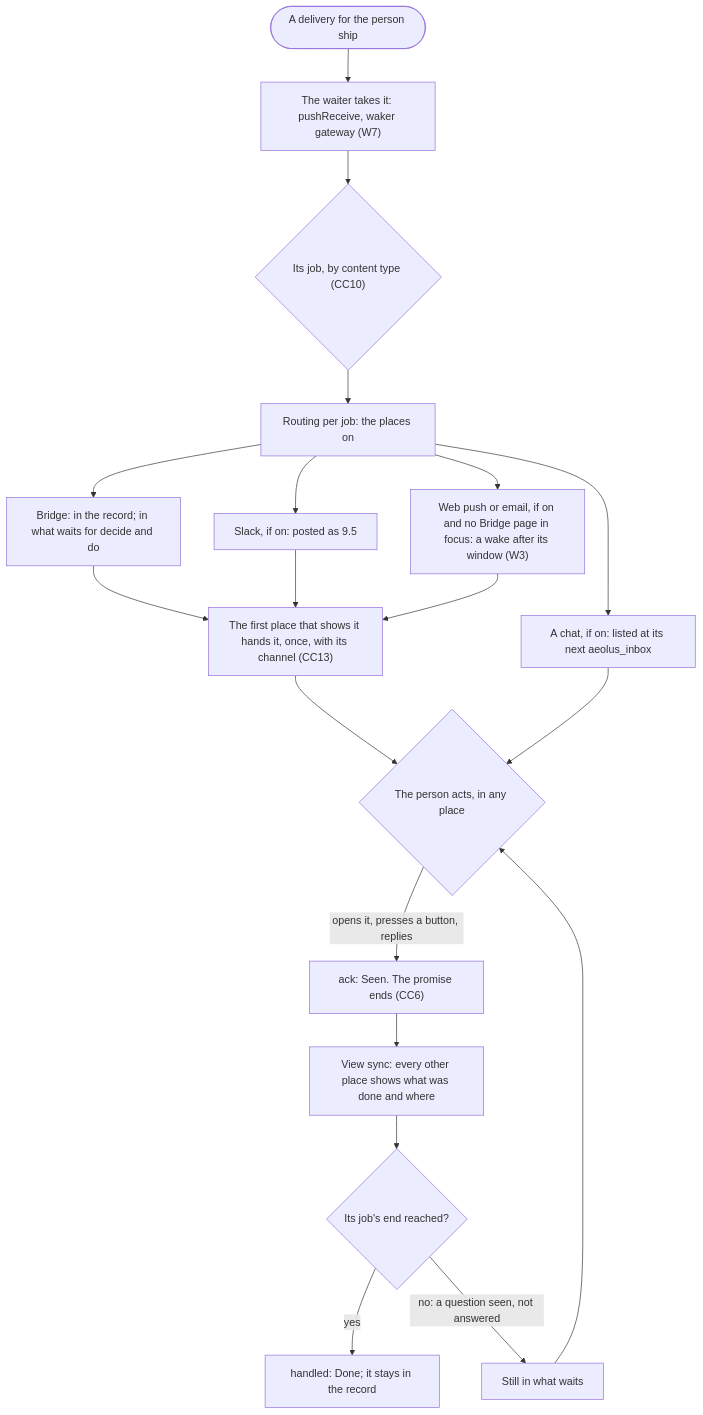
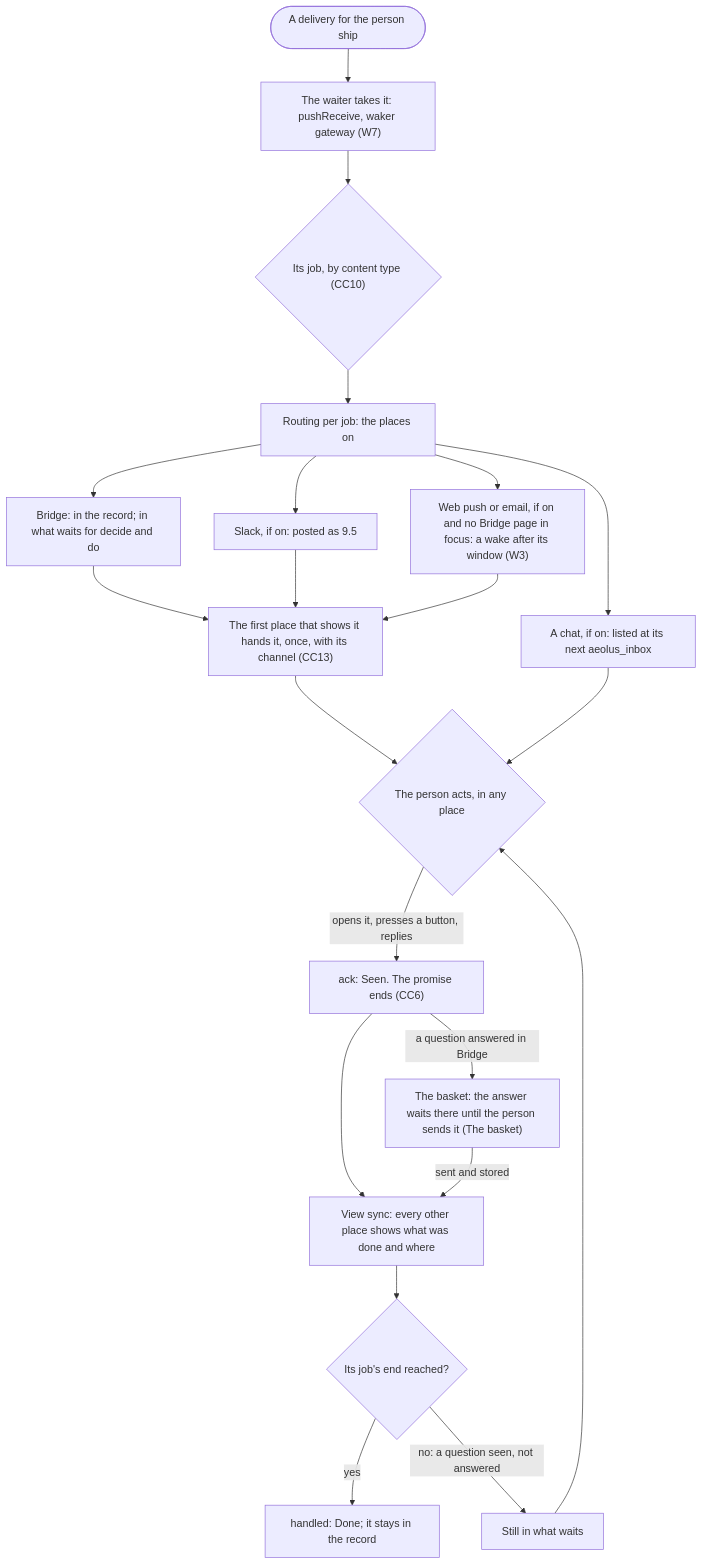
One commit to ThomasHendrickx/aeolus-fleet changed the first of 2 diagrams in docs/design/bridge/README.md. Above: the diagram before and after it, drawn with Mermaid. The commit also changed other lines of this file and 19 other files, not shown here.

First line of the commit message:
Bridge: the basket, a step's note on the step, stage 1 approved

````diff
--- a/docs/design/bridge/README.md
+++ b/docs/design/bridge/README.md
@@ -143,20 +149,22 @@
 ```mermaid
 flowchart TD
   arrive([A delivery for the person ship]) --> take["The waiter takes it: pushReceive, waker gateway (W7)"]
   take --> job{"Its job, by content type (CC10)"}
   job --> route[Routing per job: the places on]
   route --> bridge["Bridge: in the record; in what waits for decide and do"]
   route --> slack["Slack, if on: posted as 9.5"]
   route --> chat["A chat, if on: listed at its next aeolus_inbox"]
   route --> wake["Web push or email, if on and no Bridge page in focus: a wake after its window (W3)"]
   bridge --> handed["The first place that shows it hands it, once, with its channel (CC13)"]
   slack --> handed
   wake --> handed
   handed --> act{The person acts, in any place}
   chat --> act
   act -->|opens it, presses a button, replies| ack["ack: Seen. The promise ends (CC6)"]
   ack --> sync[View sync: every other place shows what was done and where]
+  ack -->|a question answered in Bridge| basket["The basket: the answer waits there until the person sends it (The basket)"]
+  basket -->|sent and stored| sync
   sync --> finish{Its job's end reached?}
   finish -->|yes| handled["handled: Done; it stays in the record"]
   finish -->|no: a question seen, not answered| waits[Still in what waits] --> act
 ```
````
